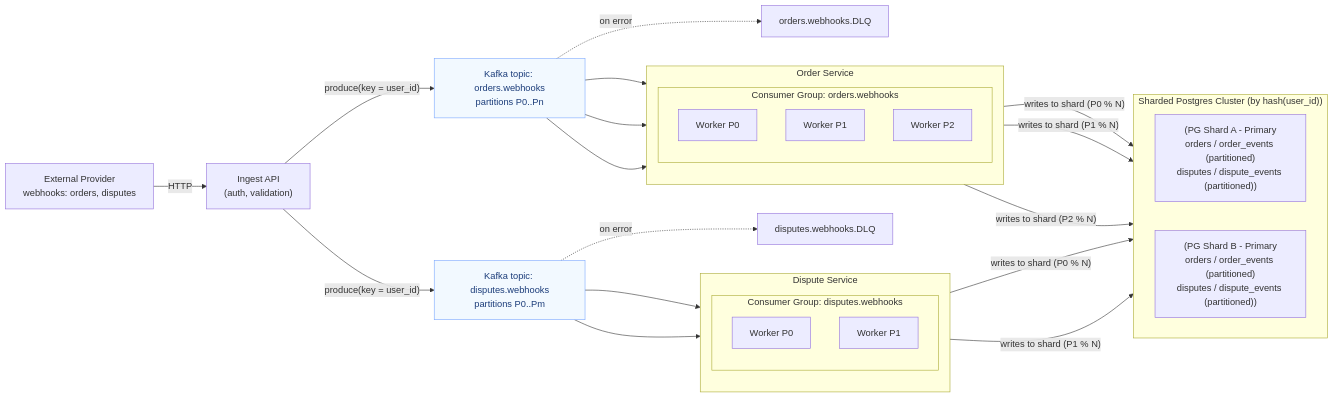
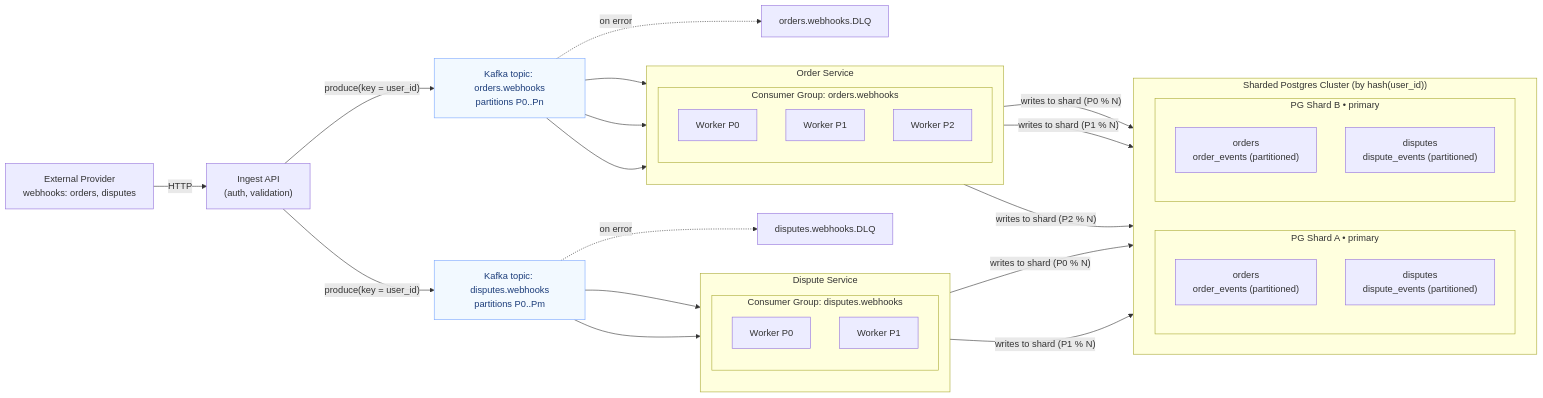
Before and after one commit to Mark-Juzefin/distributed-payment-manager-practice: the diagram in README.md, drawn with Mermaid.

````diff
--- a/README.md
+++ b/README.md
@@ -36,48 +36,56 @@
 ```mermaid
 flowchart LR
   %% External → Ingest
   EXT["External Provider<br/>webhooks: orders, disputes"]
     -->|HTTP| ING["Ingest API<br/>(auth, validation)"]
 
   %% Kafka: key = user_id (узгоджена хеш-функція з шардингом)
   ING -->|"produce(key = user_id)"| TOP_O["Kafka topic: orders.webhooks<br/>partitions P0..Pn"]
   ING -->|"produce(key = user_id)"| TOP_D["Kafka topic: disputes.webhooks<br/>partitions P0..Pm"]
   class TOP_O,TOP_D kafka;
 
   %% ==== Sharded Postgres (by hash(user_id)) ====
   subgraph SHARDS["Sharded Postgres Cluster (by hash(user_id))"]
     direction LR
-    A_Primary["(PG Shard A - Primary<br/>orders / order_events (partitioned)<br/>disputes / dispute_events (partitioned))"]
-    B_Primary["(PG Shard B - Primary<br/>orders / order_events (partitioned)<br/>disputes / dispute_events (partitioned))"]
+    subgraph SHARD_A["PG Shard A • primary"]
+      direction TB
+      A_ORD["orders<br/>order_events (partitioned)"]
+      A_DIS["disputes<br/>dispute_events (partitioned)"]
+    end
+    subgraph SHARD_B["PG Shard B • primary"]
+      direction TB
+      B_ORD["orders<br/>order_events (partitioned)"]
+      B_DIS["disputes<br/>dispute_events (partitioned)"]
+    end
   end
 
   %% ==== Services & consumers (1 worker per partition) ====
   subgraph ORDER_SVC["Order Service"]
     direction TB
     subgraph CGO["Consumer Group: orders.webhooks"]
-      O0["Worker P0"] -->|"writes to shard (P0 % N)"| A_Primary
-      O1["Worker P1"] -->|"writes to shard (P1 % N)"| B_Primary
-      O2["Worker P2"] -->|"writes to shard (P2 % N)"| A_Primary
+      O0["Worker P0"] -->|"writes to shard (P0 % N)"| A_ORD
+      O1["Worker P1"] -->|"writes to shard (P1 % N)"| B_ORD
+      O2["Worker P2"] -->|"writes to shard (P2 % N)"| A_ORD
     end
   end
   TOP_O --> O0
   TOP_O --> O1
   TOP_O --> O2
 
   subgraph DISPUTE_SVC["Dispute Service"]
     direction TB
     subgraph CGD["Consumer Group: disputes.webhooks"]
-      D0["Worker P0"] -->|"writes to shard (P0 % N)"| A_Primary
-      D1["Worker P1"] -->|"writes to shard (P1 % N)"| B_Primary
+      D0["Worker P0"] -->|"writes to shard (P0 % N)"| A_DIS
+      D1["Worker P1"] -->|"writes to shard (P1 % N)"| B_DIS
     end
   end
   TOP_D --> D0
   TOP_D --> D1
 
   %% DLQ (per topic)
   TOP_O -. on error .-> DLQ_O["orders.webhooks.DLQ"]
   TOP_D -. on error .-> DLQ_D["disputes.webhooks.DLQ"]
 
   classDef kafka fill:#f2f9ff,stroke:#7aa7ff,color:#1c3d7a,stroke-width:1px;
 
 ```
````
